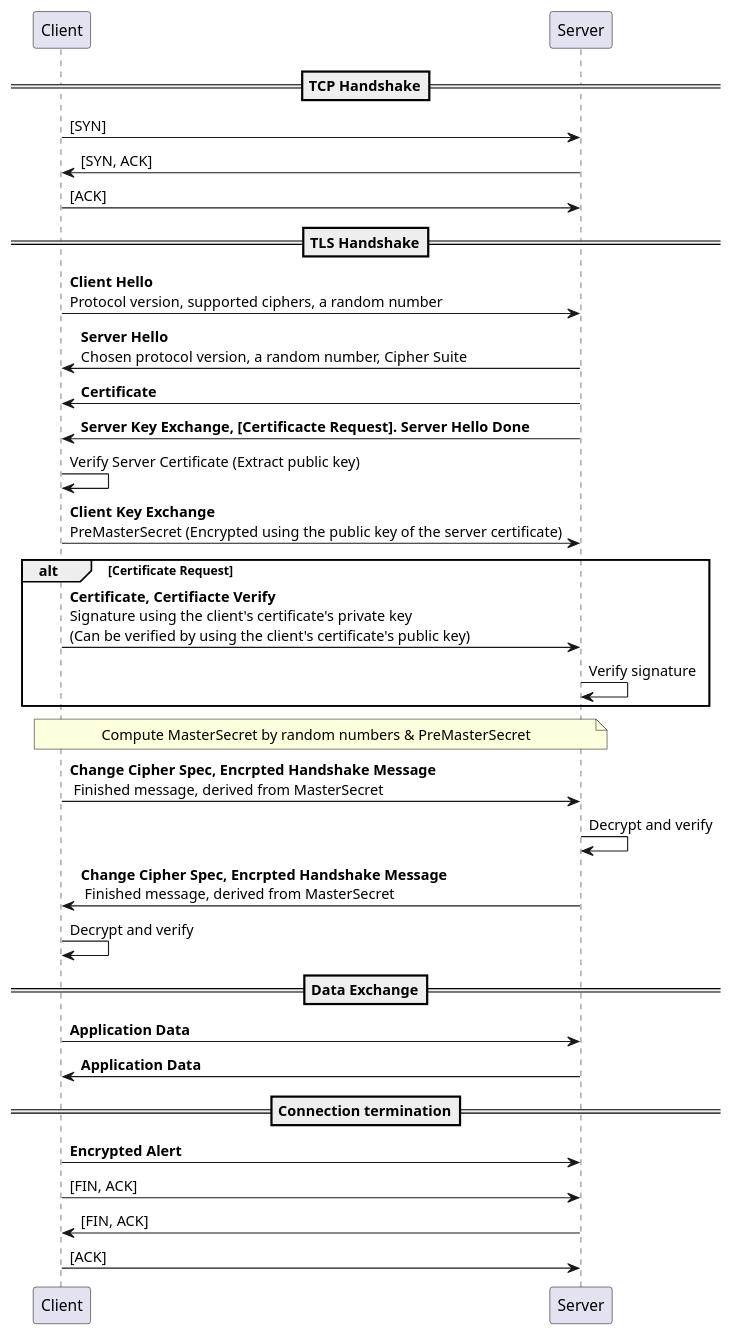
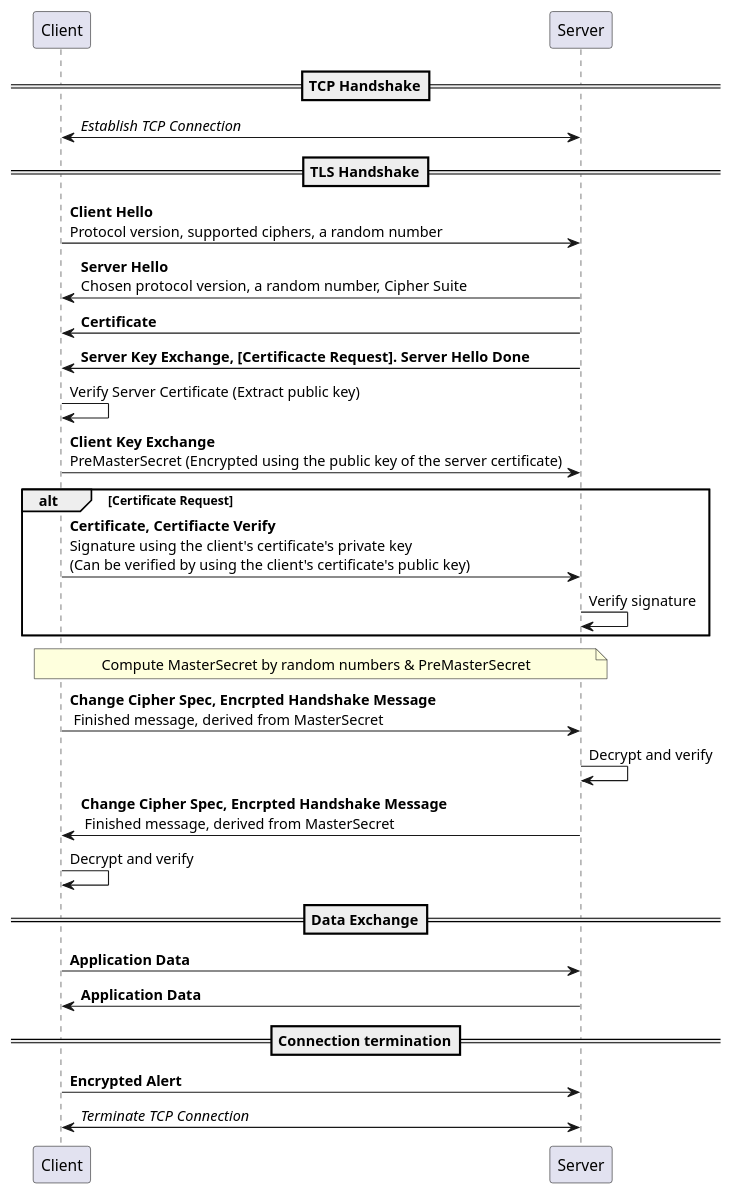
One commit to yidas/web-service-protocols changed the diagram in http/https-flow.plantuml. Above: the diagram before and after it, drawn with PlantUML.

```diff
--- a/http/https-flow.plantuml
+++ b/http/https-flow.plantuml
@@ -1,32 +1,28 @@
 @startuml
 participant "Client" as c
 participant "Server" as s
 ==TCP Handshake==
-c->s: [SYN]
-s->c: [SYN, ACK]
-c->s: [ACK]
+c<->s: //Establish TCP Connection//
 ==TLS Handshake==
 c->s: **Client Hello**\nProtocol version, supported ciphers, a random number
 s->c: **Server Hello**\nChosen protocol version, a random number, Cipher Suite
 s->c: **Certificate**
 s->c: **Server Key Exchange, [Certificacte Request]. Server Hello Done**
 c->c: Verify Server Certificate (Extract public key)
 c->s: **Client Key Exchange**\nPreMasterSecret (Encrypted using the public key of the server certificate)
 alt Certificate Request
 c->s: **Certificate, Certifiacte Verify**\nSignature using the client's certificate's private key\n(Can be verified by using the client's certificate's public key)
 s->s: Verify signature
 end
 note over c, s: Compute MasterSecret by random numbers & PreMasterSecret
 c->s: **Change Cipher Spec, Encrpted Handshake Message**\n Finished message, derived from MasterSecret
 s->s: Decrypt and verify
 s->c: **Change Cipher Spec, Encrpted Handshake Message**\n Finished message, derived from MasterSecret
 c->c: Decrypt and verify
 ==Data Exchange==
 c->s: **Application Data**
 s->c: **Application Data**
 ==Connection termination==
 c->s: **Encrypted Alert**
-c->s: [FIN, ACK]
-s->c: [FIN, ACK]
-c->s: [ACK]
+c<->s: //Terminate TCP Connection//
 @enduml
```
